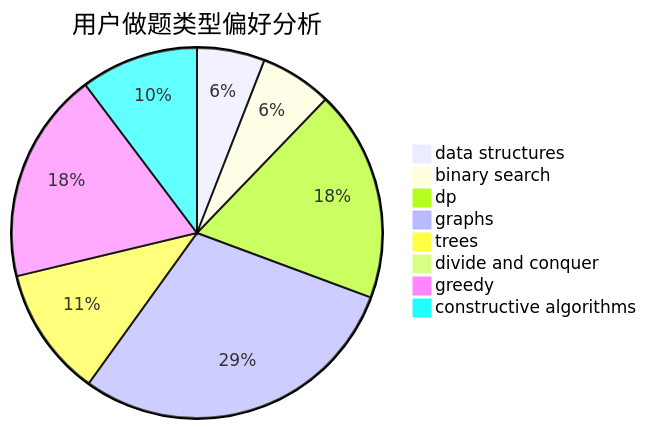
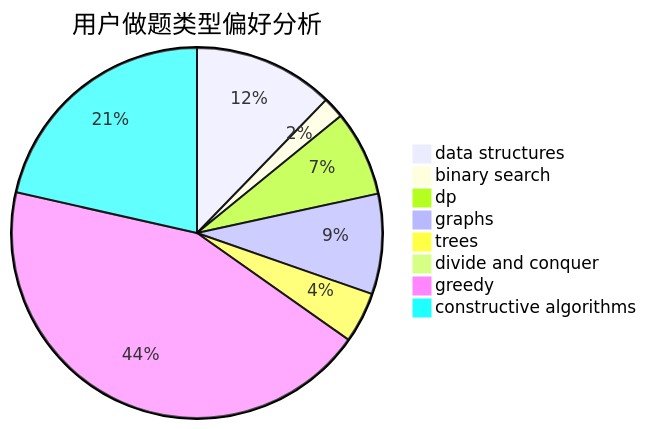
Before and after one commit to sherpahu/cfrs.github.io: the second of 3 diagrams in docs/user/u981.md, drawn with Mermaid. The commit also changed other lines of this file and 2770 other files, not shown here.

````diff
--- a/docs/user/u981.md
+++ b/docs/user/u981.md
@@ -23,11 +23,11 @@
 ```mermaid
 pie title 用户做题类型偏好分析
-    "data structures" :  34
-    "binary search" :  36
-    "dp" :  106
-    "graphs" :  168
-    "trees" :  65
-    "divide and conquer" :  0
-    "greedy" :  106
-    "constructive algorithms" :  59
+    "data structures" :  105
+    "binary search" :  16
+    "dp" :  64
+    "graphs" :  75
+    "trees" :  38
+    "divide and conquer" :  1
+    "greedy" :  375
+    "constructive algorithms" :  184
 ```
````
